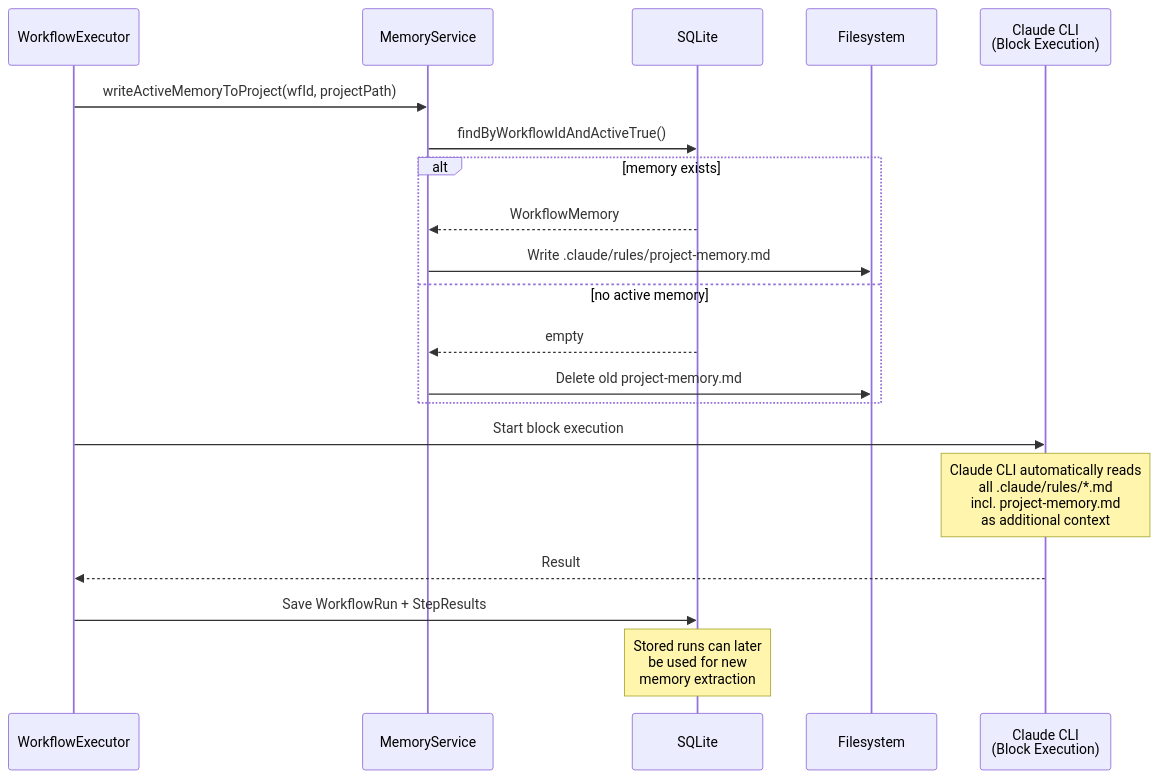
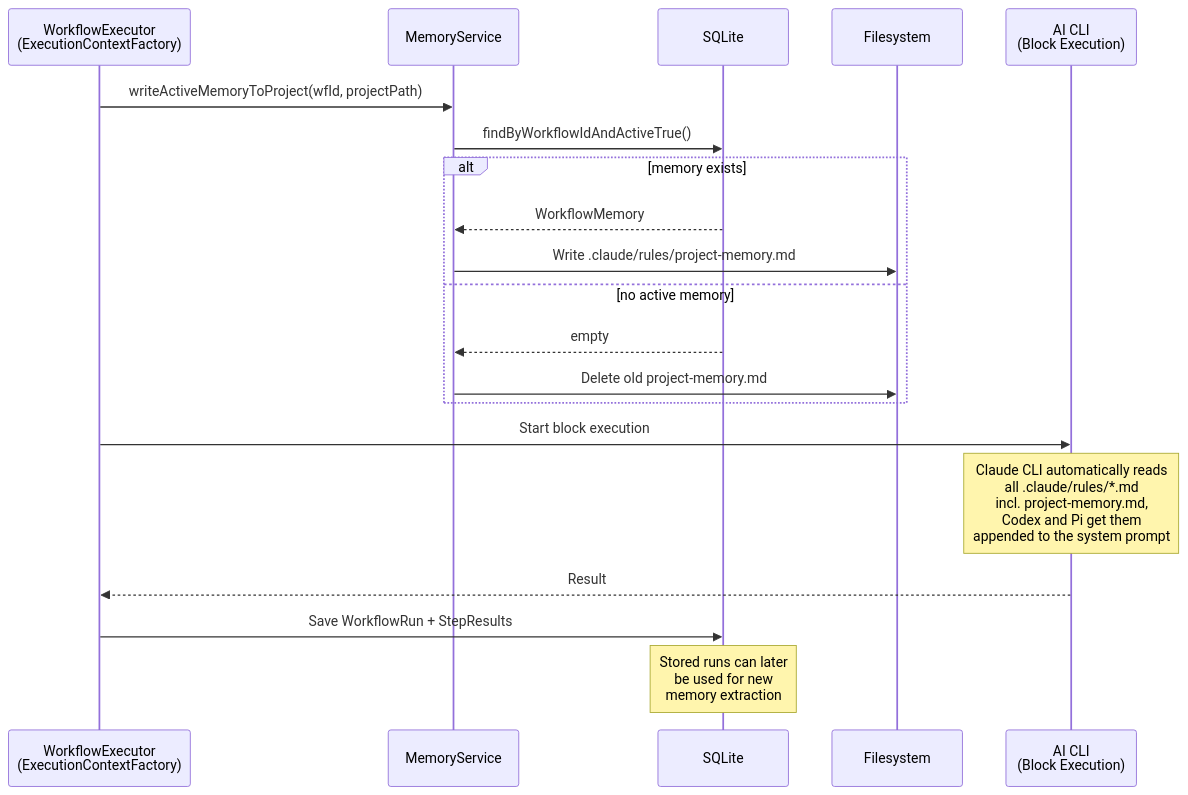
One commit to FLSEST/MySuricates changed the fourth of 7 diagrams in docs/en/workflow-memory-diagrams.md. Above: the diagram before and after it, drawn with Mermaid. The commit also changed other lines of this file and 4 other files, not shown here.

First line of the commit message:
docs(diagramme): Memory page describes the current state instead of an old refactoring

````diff
--- a/docs/en/workflow-memory-diagrams.md
+++ b/docs/en/workflow-memory-diagrams.md
@@ -162,26 +167,26 @@
 ```mermaid
 sequenceDiagram
-    participant WE as WorkflowExecutor
+    participant WE as WorkflowExecutor<br/>(ExecutionContextFactory)
     participant MS as MemoryService
     participant DB as SQLite
     participant FS as Filesystem
-    participant CLI as Claude CLI<br/>(Block Execution)
+    participant CLI as AI CLI<br/>(Block Execution)
 
     WE->>MS: writeActiveMemoryToProject(wfId, projectPath)
     MS->>DB: findByWorkflowIdAndActiveTrue()
     alt memory exists
         DB-->>MS: WorkflowMemory
         MS->>FS: Write .claude/rules/project-memory.md
     else no active memory
         DB-->>MS: empty
         MS->>FS: Delete old project-memory.md
     end
 
     WE->>CLI: Start block execution
-    Note over CLI: Claude CLI automatically reads<br/>all .claude/rules/*.md<br/>incl. project-memory.md<br/>as additional context
+    Note over CLI: Claude CLI automatically reads<br/>all .claude/rules/*.md<br/>incl. project-memory.md,<br/>Codex and Pi get them<br/>appended to the system prompt
 
     CLI-->>WE: Result
     WE->>DB: Save WorkflowRun + StepResults
 
     Note over DB: Stored runs can later<br/>be used for new<br/>memory extraction
 ```
````
